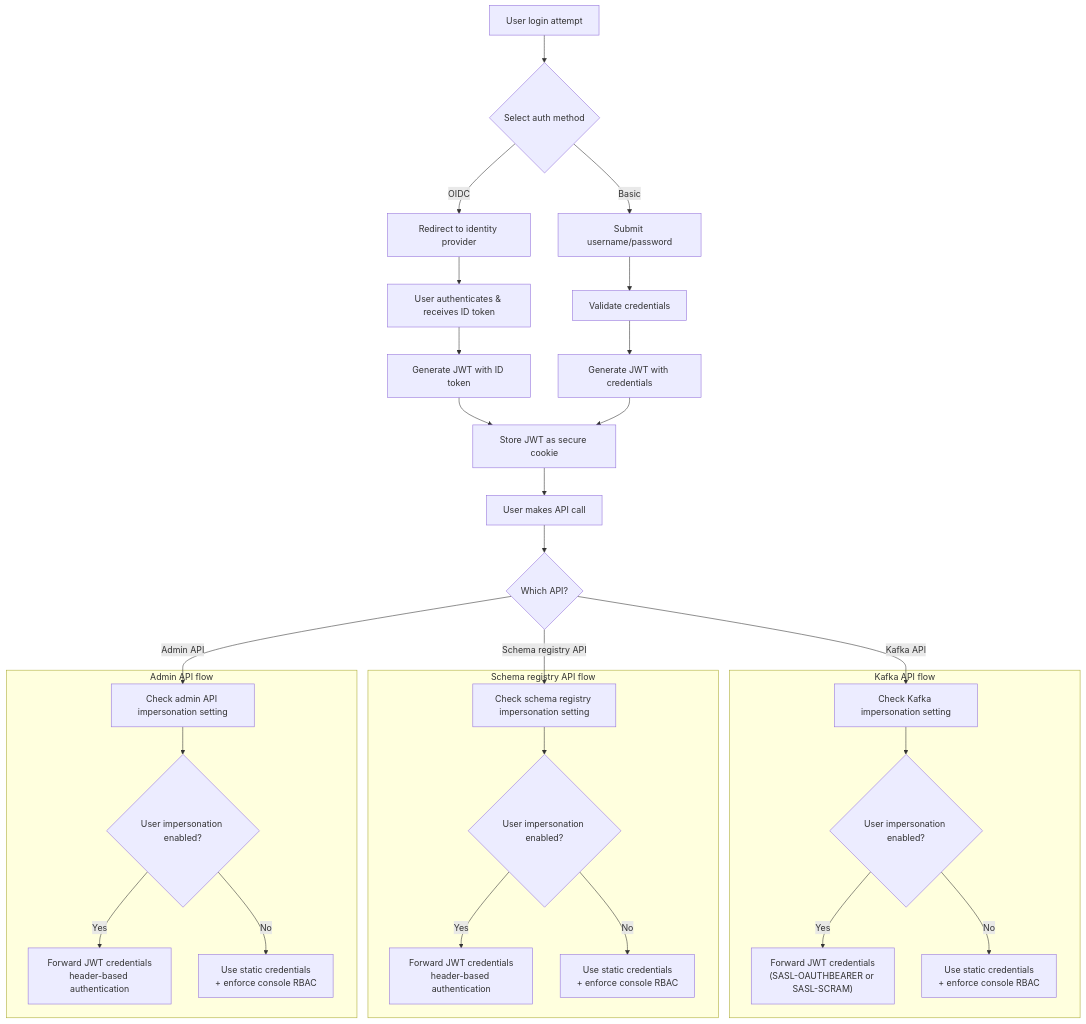
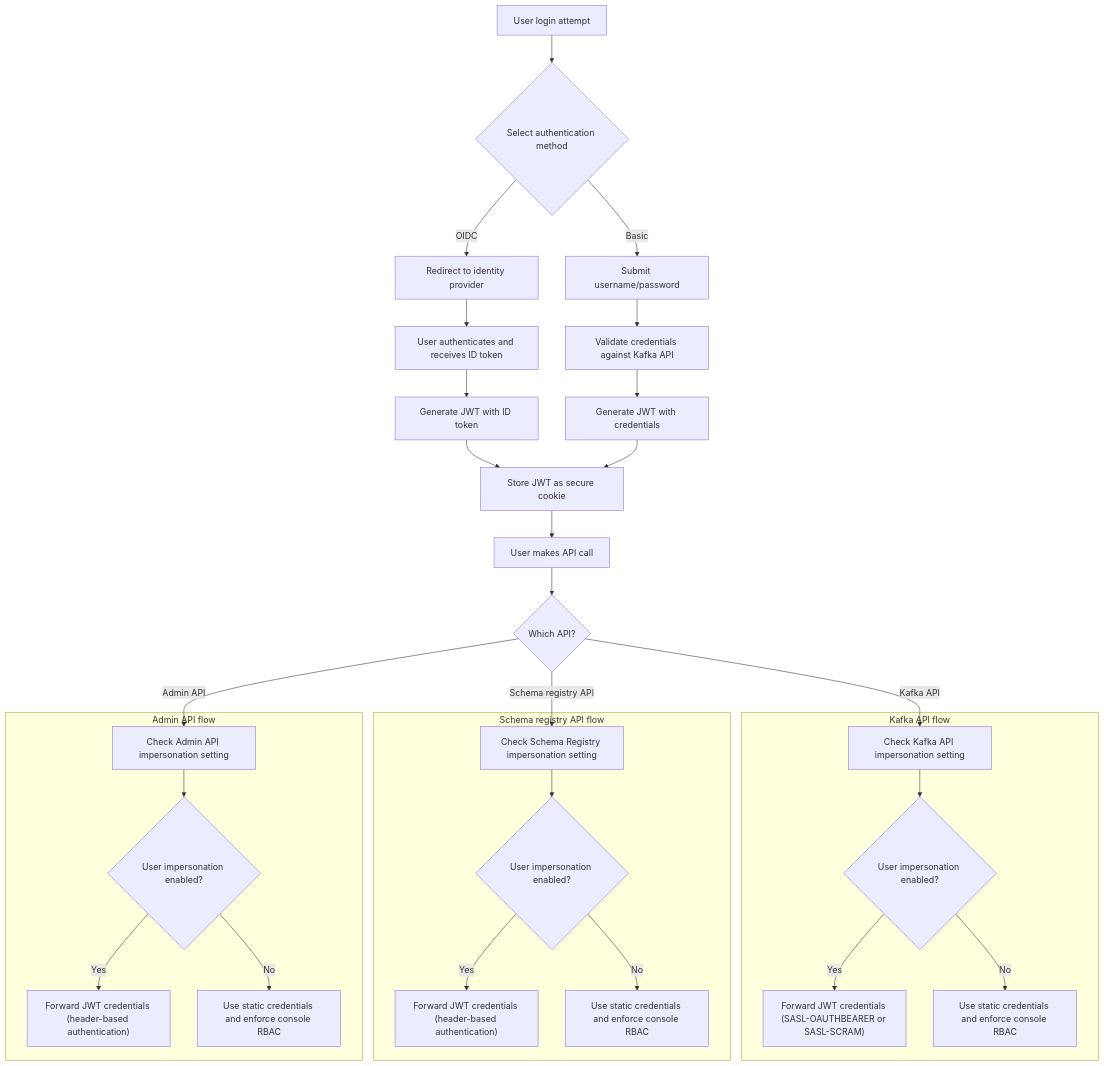
The second of 2 diagrams in modules/console/pages/config/security/authentication.adoc (redpanda-data/docs), drawn with Mermaid before and after one commit. The commit also changed other lines of this file and 5 other files, not shown here.

```diff
--- a/modules/console/pages/config/security/authentication.adoc
+++ b/modules/console/pages/config/security/authentication.adoc
@@ -60,46 +60,46 @@
 [mermaid]
 ....
 flowchart TD
-    A[User login attempt] --> B{Select auth method}
+    A[User login attempt] --> B{Select authentication method}
 
     %% OIDC flow
     B -- OIDC --> C[Redirect to identity provider]
-    C --> D[User authenticates & receives ID token]
+    C --> D[User authenticates and receives ID token]
     D --> E[Generate JWT with ID token]
 
     %% Basic flow
     B -- Basic --> F[Submit username/password]
-    F --> G[Validate credentials]
+    F --> G[Validate credentials against Kafka API]
     G --> H[Generate JWT with credentials]
 
     %% Unified session
     E & H --> I[Store JWT as secure cookie]
     I --> J[User makes API call]
 
     %% API selection
     J --> K{Which API?}
-    K -- "Kafka API" --> L[Check Kafka impersonation setting]
-    K -- "Schema registry API" --> M[Check schema registry impersonation setting]
-    K -- "Admin API" --> N[Check admin API impersonation setting]
+    K -- "Kafka API" --> L[Check Kafka API impersonation setting]
+    K -- "Schema registry API" --> M[Check Schema Registry impersonation setting]
+    K -- "Admin API" --> N[Check Admin API impersonation setting]
 
     %% Kafka API branch
     subgraph KafkaFlow [Kafka API flow]
       L --> O{User impersonation enabled?}
-      O -- Yes --> P["Forward JWT credentials\n(SASL-OAUTHBEARER or SASL-SCRAM)"]
-      O -- No --> Q[Use static credentials\n+ enforce console RBAC]
+      O -- Yes --> P["Forward JWT credentials (SASL-OAUTHBEARER or SASL-SCRAM)"]
+      O -- No --> Q[Use static credentials and enforce console RBAC]
     end
 
     %% Schema registry branch
     subgraph SchemaRegistryFlow [Schema registry API flow]
       M --> R{User impersonation enabled?}
-      R -- Yes --> S[Forward JWT credentials\nheader-based authentication]
-      R -- No --> T[Use static credentials\n+ enforce console RBAC]
+      R -- Yes --> S["Forward JWT credentials (header-based authentication)"]
+      R -- No --> T[Use static credentials and enforce console RBAC]
     end
 
     %% Admin API branch
     subgraph AdminAPIFlow [Admin API flow]
       N --> U{User impersonation enabled?}
-      U -- Yes --> V[Forward JWT credentials\nheader-based authentication]
-      U -- No --> W[Use static credentials\n+ enforce console RBAC]
+      U -- Yes --> V["Forward JWT credentials (header-based authentication)"]
+      U -- No --> W[Use static credentials and enforce console RBAC]
     end
 ....
```
